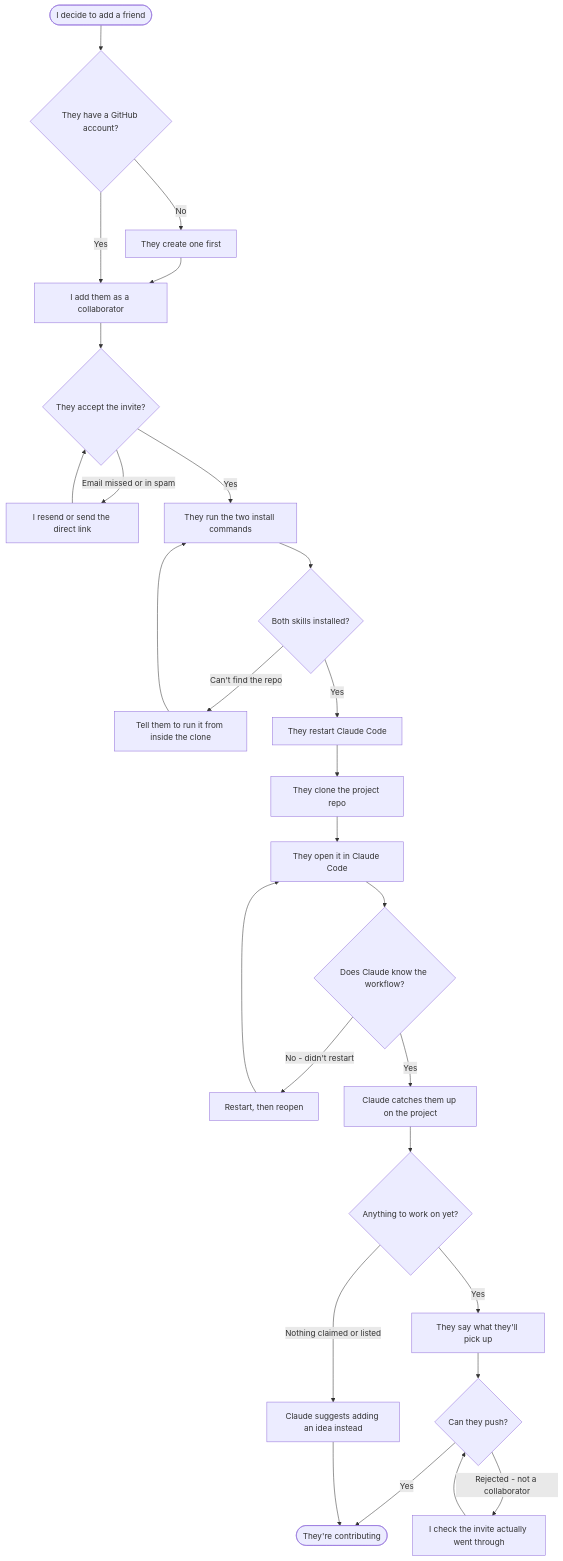
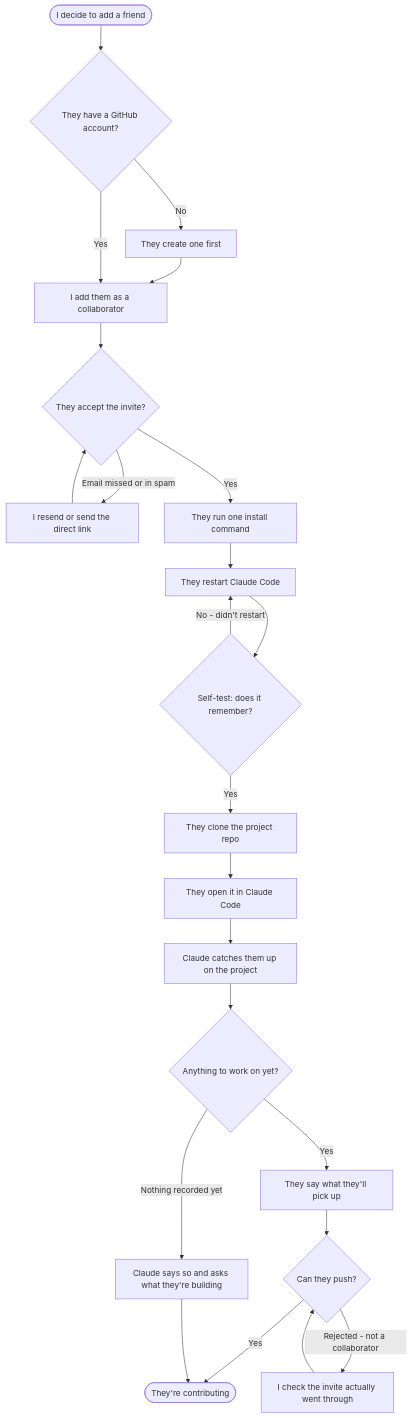
Before and after one commit to Pulkit-123/coordination-module: the diagram in journeys/onboard-a-friend.md, drawn with Mermaid. The commit also changed other lines of this file and 7 other files, not shown here.

Commit message:
Shorten friend onboarding: one install command, restart made checkable, invite-aware push error

````diff
--- a/journeys/onboard-a-friend.md
+++ b/journeys/onboard-a-friend.md
@@ -17,33 +17,28 @@
 ```mermaid
 flowchart TD
     Start([I decide to add a friend]) --> HasGH{They have a GitHub account?}
     HasGH -->|No| MakeGH[They create one first]
     MakeGH --> Invite
     HasGH -->|Yes| Invite[I add them as a collaborator]
 
     Invite --> Accept{They accept the invite?}
     Accept -->|Email missed or in spam| Nudge[I resend or send the direct link]
     Nudge --> Accept
-    Accept -->|Yes| Install[They run the two install commands]
+    Accept -->|Yes| Install[They run one install command]
 
-    Install --> InstOK{Both skills installed?}
-    InstOK -->|"Can't find the repo"| SetVar[Tell them to run it from inside the clone]
-    SetVar --> Install
-    InstOK -->|Yes| Restart[They restart Claude Code]
-
-    Restart --> Clone[They clone the project repo]
+    Install --> Restart[They restart Claude Code]
+    Restart --> Check{"Self-test: does it remember?"}
+    Check -->|"No - didn't restart"| Restart
+    Check -->|Yes| Clone[They clone the project repo]
     Clone --> Open[They open it in Claude Code]
-    Open --> Sees{Does Claude know the workflow?}
-    Sees -->|"No - didn't restart"| RestartAgain[Restart, then reopen]
-    RestartAgain --> Open
-    Sees -->|Yes| CatchUp[Claude catches them up on the project]
+    Open --> CatchUp[Claude catches them up on the project]
 
     CatchUp --> Empty{Anything to work on yet?}
-    Empty -->|"Nothing claimed or listed"| Suggest[Claude suggests adding an idea instead]
+    Empty -->|"Nothing recorded yet"| Suggest[Claude says so and asks what they're building]
     Empty -->|Yes| Claim[They say what they'll pick up]
     Claim --> Push{Can they push?}
     Push -->|"Rejected - not a collaborator"| FixPerm[I check the invite actually went through]
     FixPerm --> Push
     Push -->|Yes| Done([They're contributing])
     Suggest --> Done
 ```
````
